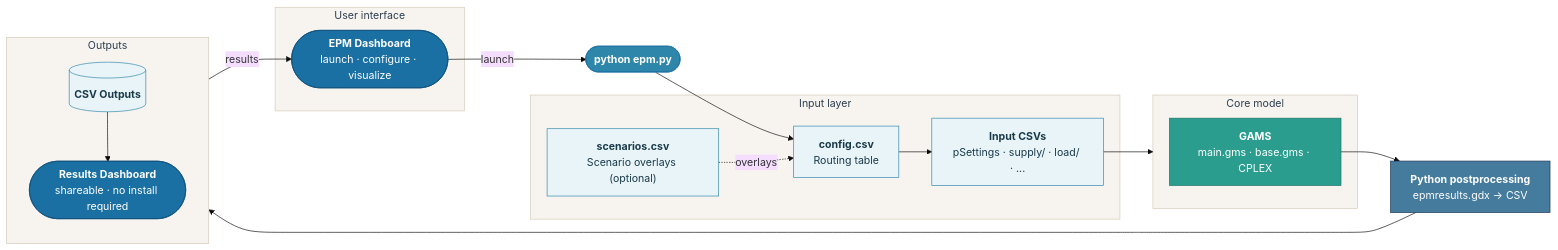
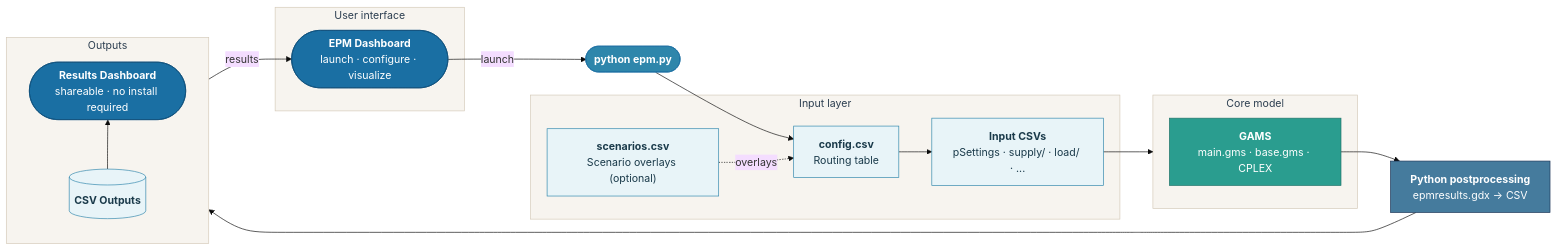
One commit to ESMAP-World-Bank-Group/EPM changed the diagram in docs/introduction/tempo.md. Above: the diagram before and after it, drawn with Mermaid (base theme).

````diff
--- a/docs/introduction/tempo.md
+++ b/docs/introduction/tempo.md
@@ -3,55 +3,55 @@
 ```mermaid
 flowchart LR
     subgraph ui ["User interface"]
         DASH(["<b>EPM Dashboard</b>\nlaunch · configure · visualize"])
     end
 
     CLI(["<b>python epm.py</b>"])
 
     subgraph inputs ["Input layer"]
         CONFIG["<b>config.csv</b>\nRouting table"]
         SCEN["<b>scenarios.csv</b>\nScenario overlays (optional)"]
         CSV["<b>Input CSVs</b>\npSettings · supply/ · load/ · ..."]
     end
 
     subgraph core ["Core model"]
         GAMS["<b>GAMS</b>\nmain.gms · base.gms · CPLEX"]
     end
 
     POST["<b>Python postprocessing</b>\nepmresults.gdx → CSV"]
 
     subgraph outputs ["Outputs"]
-        direction TB
+        direction BT
         OUT[("<b>CSV Outputs</b>")]
         RDASH(["<b>Results Dashboard</b>\nshareable · no install required"])
     end
 
     DASH -->|launch| CLI
     CLI --> CONFIG
     SCEN -.->|overlays| CONFIG
     CONFIG --> CSV
     CSV --> core
     GAMS --> POST
     POST --> OUT
     OUT -->|results| DASH
     OUT --> RDASH
 
     classDef dashboard fill:#1a6fa3,stroke:#0d4f7a,color:#fff
     classDef cli fill:#2e86ab,stroke:#1a6fa3,color:#fff
     classDef inputNode fill:#e8f4f8,stroke:#2e86ab,color:#1a3a4a
     classDef coreNode fill:#2a9d8f,stroke:#1f7268,color:#fff
     classDef postNode fill:#457b9d,stroke:#1d3557,color:#fff
     classDef outNode fill:#1d3557,stroke:#0d2035,color:#fff
 
     class DASH,RDASH dashboard
     class CLI cli
     class CONFIG,SCEN,CSV inputNode
     class GAMS coreNode
     class POST postNode
     class OUT inputNode
 
     style ui fill:#f7f4ef,stroke:#d4c9b8,color:#2c3e50
     style inputs fill:#f7f4ef,stroke:#d4c9b8,color:#2c3e50
     style core fill:#f7f4ef,stroke:#d4c9b8,color:#2c3e50
     style outputs fill:#f7f4ef,stroke:#d4c9b8,color:#2c3e50
 ```
````
